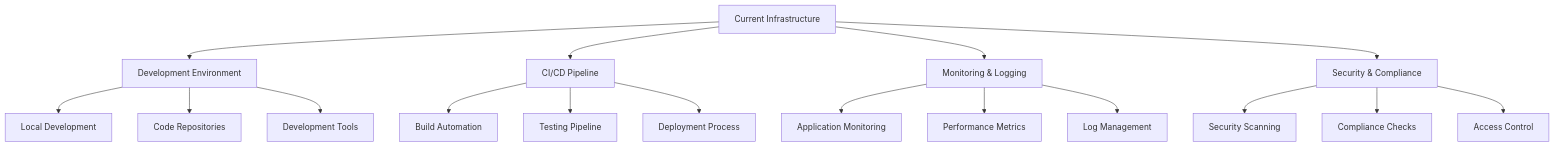
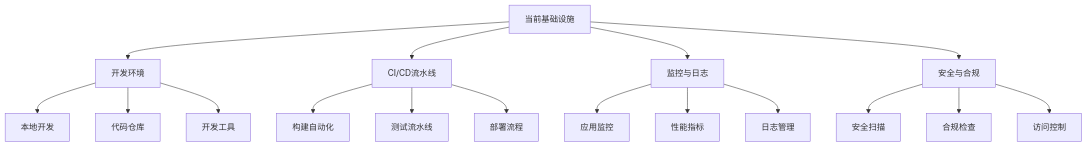
One commit to a-sdm/asdm-official-website changed the first of 2 diagrams in public/blogs/zh-cn/content/20241220/implementation-guide.md. Above: the diagram before and after it, drawn with Mermaid. The commit also changed other lines of this file and 8 other files, not shown here.

````diff
--- a/public/blogs/zh-cn/content/20241220/implementation-guide.md
+++ b/public/blogs/zh-cn/content/20241220/implementation-guide.md
@@ -78,23 +78,23 @@
 ```mermaid
 graph TD
-    A[Current Infrastructure] --> B[Development Environment]
-    A --> C[CI/CD Pipeline]
-    A --> D[Monitoring & Logging]
-    A --> E[Security & Compliance]
+    A[当前基础设施] --> B[开发环境]
+    A --> C[CI/CD流水线]
+    A --> D[监控与日志]
+    A --> E[安全与合规]
     
-    B --> B1[Local Development]
-    B --> B2[Code Repositories]
-    B --> B3[Development Tools]
+    B --> B1[本地开发]
+    B --> B2[代码仓库]
+    B --> B3[开发工具]
     
-    C --> C1[Build Automation]
-    C --> C2[Testing Pipeline]
-    C --> C3[Deployment Process]
+    C --> C1[构建自动化]
+    C --> C2[测试流水线]
+    C --> C3[部署流程]
     
-    D --> D1[Application Monitoring]
-    D --> D2[Performance Metrics]
-    D --> D3[Log Management]
+    D --> D1[应用监控]
+    D --> D2[性能指标]
+    D --> D3[日志管理]
     
-    E --> E1[Security Scanning]
-    E --> E2[Compliance Checks]
-    E --> E3[Access Control]
+    E --> E1[安全扫描]
+    E --> E2[合规检查]
+    E --> E3[访问控制]
 ```
````
